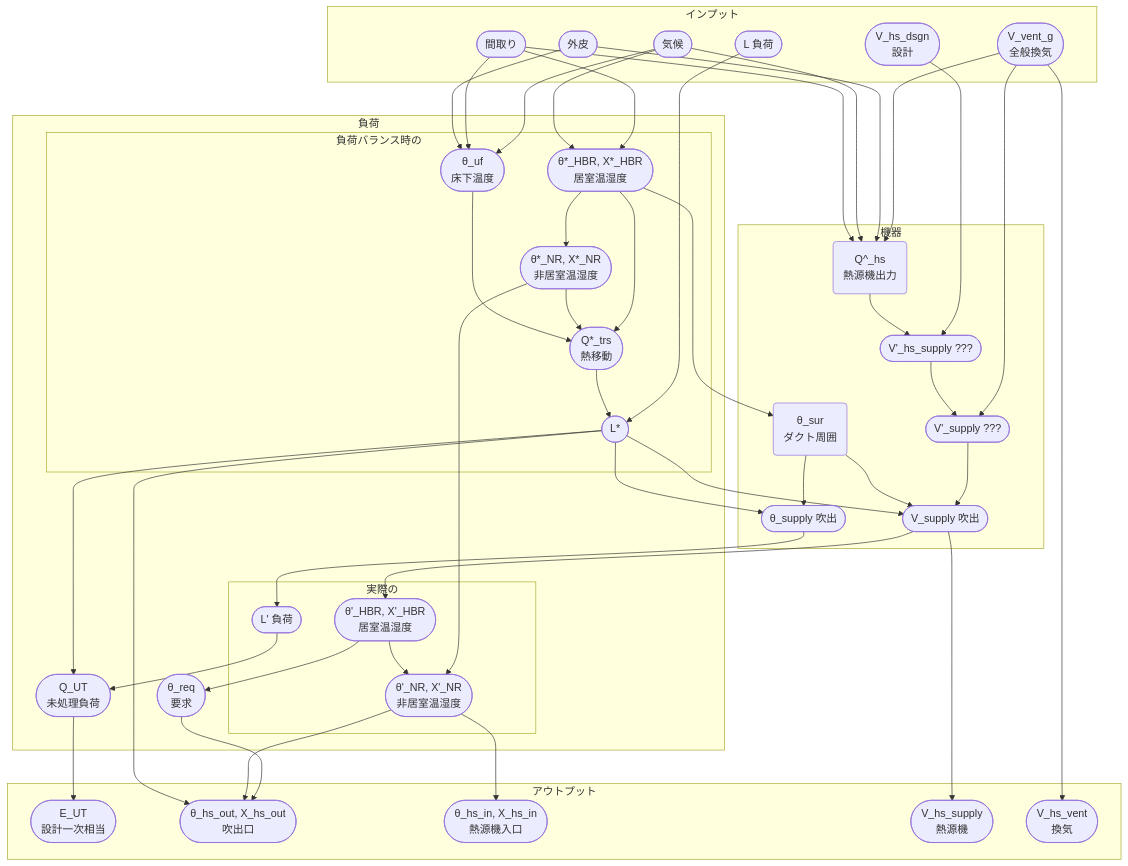
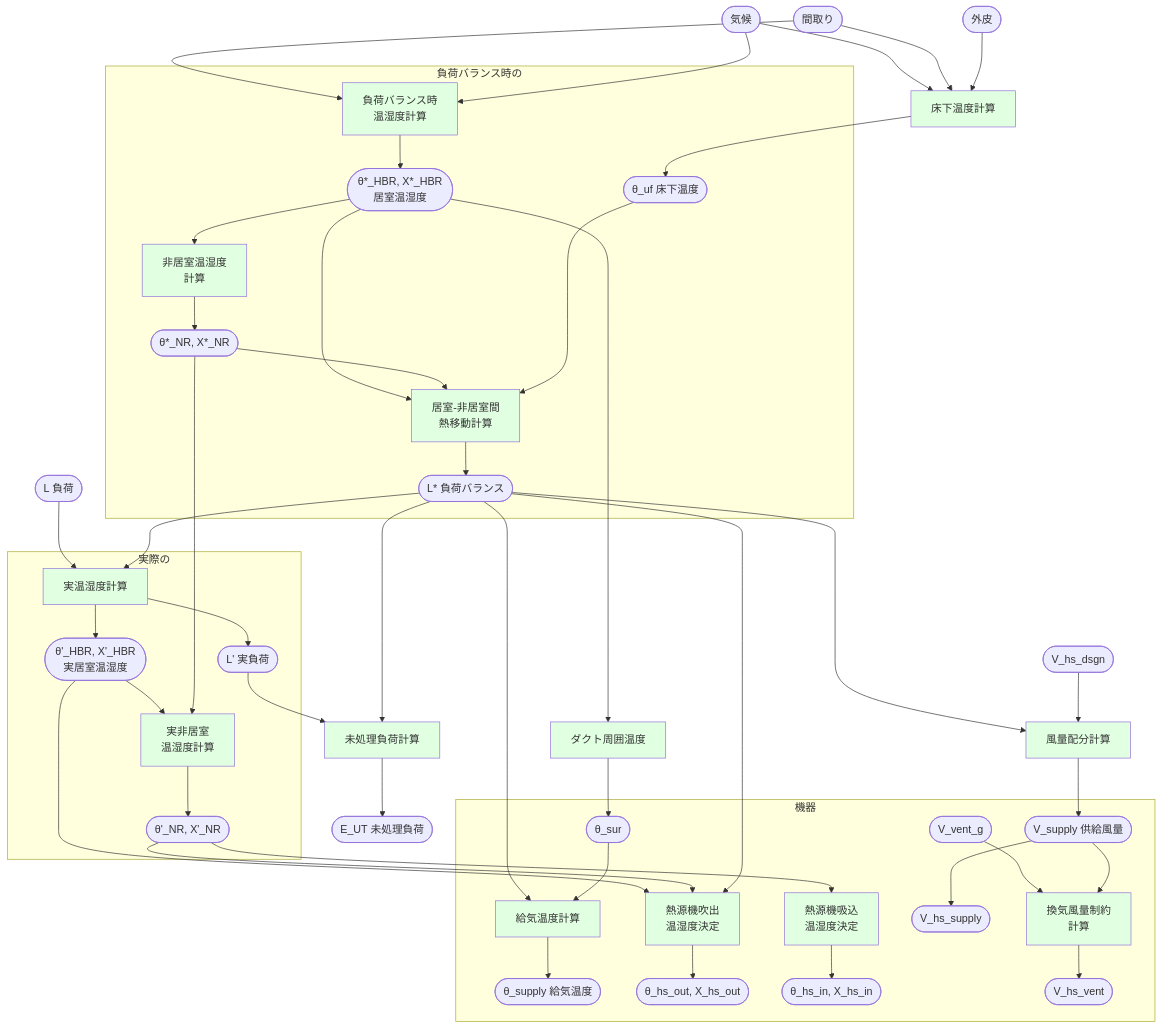
The third of 6 diagrams in src/docs/プロセスモデル_消費電力計算_標準.md (izumi-system-development/pyhees-jjj), drawn with Mermaid before and after one commit. The commit also changed other lines of this file, not shown here.

````diff
--- a/src/docs/プロセスモデル_消費電力計算_標準.md
+++ b/src/docs/プロセスモデル_消費電力計算_標準.md
@@ -128,74 +135,88 @@
 ```mermaid
 flowchart TD
 
-subgraph インプット
-    L([L 負荷])
-    Clima([気候])
-    House([間取り])
-    Skin([外皮])
-    V_vent_g([V_vent_g<br/>全般換気])
-    V_hs_dsgn([V_hs_dsgn<br/>設計])
+%% インプット
+L([L 負荷])
+Clima([気候])
+House([間取り])
+Skin([外皮])
+V_vent([V_vent_g])
+V_dsgn([V_hs_dsgn])
+
+%% 環境条件
+Clima --> Uf[床下温度計算]
+House --> Uf
+Skin --> Uf
+Uf --> Theta_uf([θ_uf 床下温度])
+
+House --> BalCalc[負荷バランス時<br/>温湿度計算]
+Clima --> BalCalc
+
+subgraph 負荷バランス時の
+    BalCalc --> Theta_star([θ*_HBR, X*_HBR<br/>居室温湿度])
+    Theta_star --> NR_star[非居室温湿度<br/>計算]
+    NR_star --> Theta_NR_star([θ*_NR, X*_NR])
+
+    Theta_star --> Trans[居室-非居室間<br/>熱移動計算]
+    Theta_NR_star --> Trans
+    Theta_uf --> Trans
+    Trans --> L_bal([L* 負荷バランス])
 end
 
-L --> L_star
-House --> Theta_star_HBR
-Clima --> Theta_star_HBR
+L --> ActCalc[実温湿度計算]
+L_bal --> ActCalc
 
-Clima --> Theta_uf([θ_uf<br/>床下温度])
-House --> Theta_uf
-Skin --> Theta_uf
-
-subgraph 負荷
-    subgraph 負荷バランス時の
-        Theta_star_HBR([θ*_HBR, X*_HBR<br/>居室温湿度])
-        Theta_star_HBR --> Theta_star_NR([θ*_NR, X*_NR<br/>非居室温湿度])
-        Q_star_trs([Q*_trs<br/>熱移動]) --> L_star([L*])
-        Theta_star_HBR --> Q_star_trs
-        Theta_star_NR --> Q_star_trs
-        Theta_uf --> Q_star_trs
-    end
-    subgraph 実際の
-        L_dash([L' 負荷])
-        Theta_dash_HBR([θ'_HBR, X'_HBR<br/>居室温湿度])
-        Theta_star_NR --> Theta_dash_NR([θ'_NR, X'_NR<br/>非居室温湿度])
-        Theta_dash_HBR --> Theta_dash_NR
-    end
-    L_star --> Q_UT([Q_UT<br/>未処理負荷])
-    L_dash --> Q_UT
-    Theta_dash_HBR --> Theta_req([θ_req<br/>要求])
+subgraph 実際の
+    ActCalc --> Theta_dash([θ'_HBR, X'_HBR<br/>実居室温湿度])
+    ActCalc --> L_dash([L' 実負荷])
+    Theta_dash --> NR_dash[実非居室<br/>温湿度計算]
+    Theta_NR_star --> NR_dash
+    NR_dash --> Theta_NR_dash([θ'_NR, X'_NR])
 end
 
-V_vent_g --> V_dash_supply
-V_vent_g --> Q_hat_hs
-V_hs_dsgn --> V_dash_hs_supply
-Skin --> Q_hat_hs
-Clima --> Q_hat_hs
-House --> Q_hat_hs
+%% 未処理負荷
+L_bal --> UT[未処理負荷計算]
+L_dash --> UT
+UT --> Q_UT([E_UT 未処理負荷])
 
-Theta_star_HBR --> Theta_sur
-L_star --> V_supply
-L_star --> Theta_supply
+L_bal --> Vol[風量配分計算]
+V_dsgn --> Vol
+Vol --> V_sup([V_supply 供給風量])
+
+Theta_star --> Duct[ダクト周囲温度]
+Duct --> Theta_sur([θ_sur])
 
 subgraph 機器
-    Q_hat_hs(Q^_hs<br/>熱源機出力)
-    Q_hat_hs --> V_dash_hs_supply([V'_hs_supply ???])
-    V_dash_hs_supply --> V_dash_supply([V'_supply ???])
-    V_dash_supply --> V_supply([V_supply 吹出])
-    Theta_sur(θ_sur<br/>ダクト周囲) --> V_supply
-    Theta_sur --> Theta_supply([θ_supply 吹出])
+    L_bal --> Temp[給気温度計算]
+    Theta_sur --> Temp
+    Temp --> Theta_supply([θ_supply 給気温度])
+
+    Theta_dash --> HsOut[熱源機吹出<br/>温湿度決定]
+    Theta_NR_dash --> HsOut
+    L_bal --> HsOut
+    HsOut --> Out_hs([θ_hs_out, X_hs_out])
+
+    Theta_NR_dash --> HsIn[熱源機吸込<br/>温湿度決定]
+    HsIn --> In_hs([θ_hs_in, X_hs_in])
+
+    V_sup --> V_hs_sup([V_hs_supply])
+
+    V_vent --> VentCalc[換気風量制約<br/>計算]
+    V_sup --> VentCalc
+    VentCalc --> V_hs_vent([V_hs_vent])
 end
 
-Theta_supply --> L_dash
-V_supply --> Theta_dash_HBR
-
-subgraph アウトプット
-    Q_UT --> E_UT([E_UT<br/>設計一次相当])
-    Theta_req --> Theta_hs_out([θ_hs_out, X_hs_out<br/>吹出口])
-    Theta_dash_NR --> Theta_hs_out
-    L_star --> Theta_hs_out
-    Theta_dash_NR --> Theta_hs_in([θ_hs_in, X_hs_in<br/>熱源機入口])
-    V_supply --> V_hs_supply([V_hs_supply<br/>熱源機])
-    V_vent_g --> V_hs_vent([V_hs_vent<br/>換気])
-end
-
+style Uf fill:#e1ffe1
+style BalCalc fill:#e1ffe1
+style NR_star fill:#e1ffe1
+style Trans fill:#e1ffe1
+style ActCalc fill:#e1ffe1
+style NR_dash fill:#e1ffe1
+style UT fill:#e1ffe1
+style Vol fill:#e1ffe1
+style Duct fill:#e1ffe1
+style Temp fill:#e1ffe1
+style HsOut fill:#e1ffe1
+style HsIn fill:#e1ffe1
+style VentCalc fill:#e1ffe1
 ```
````
